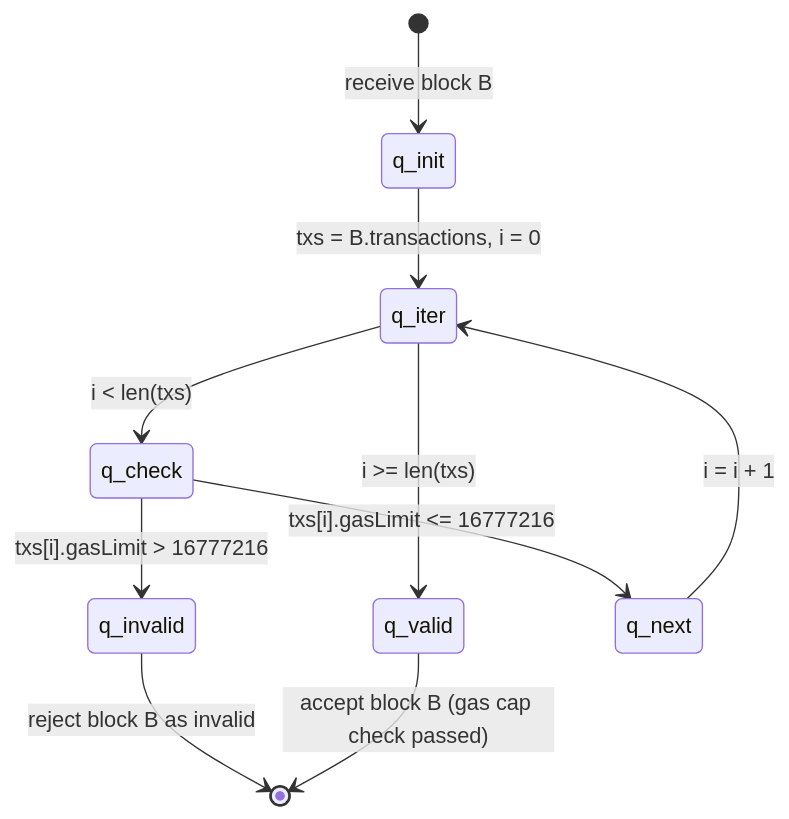
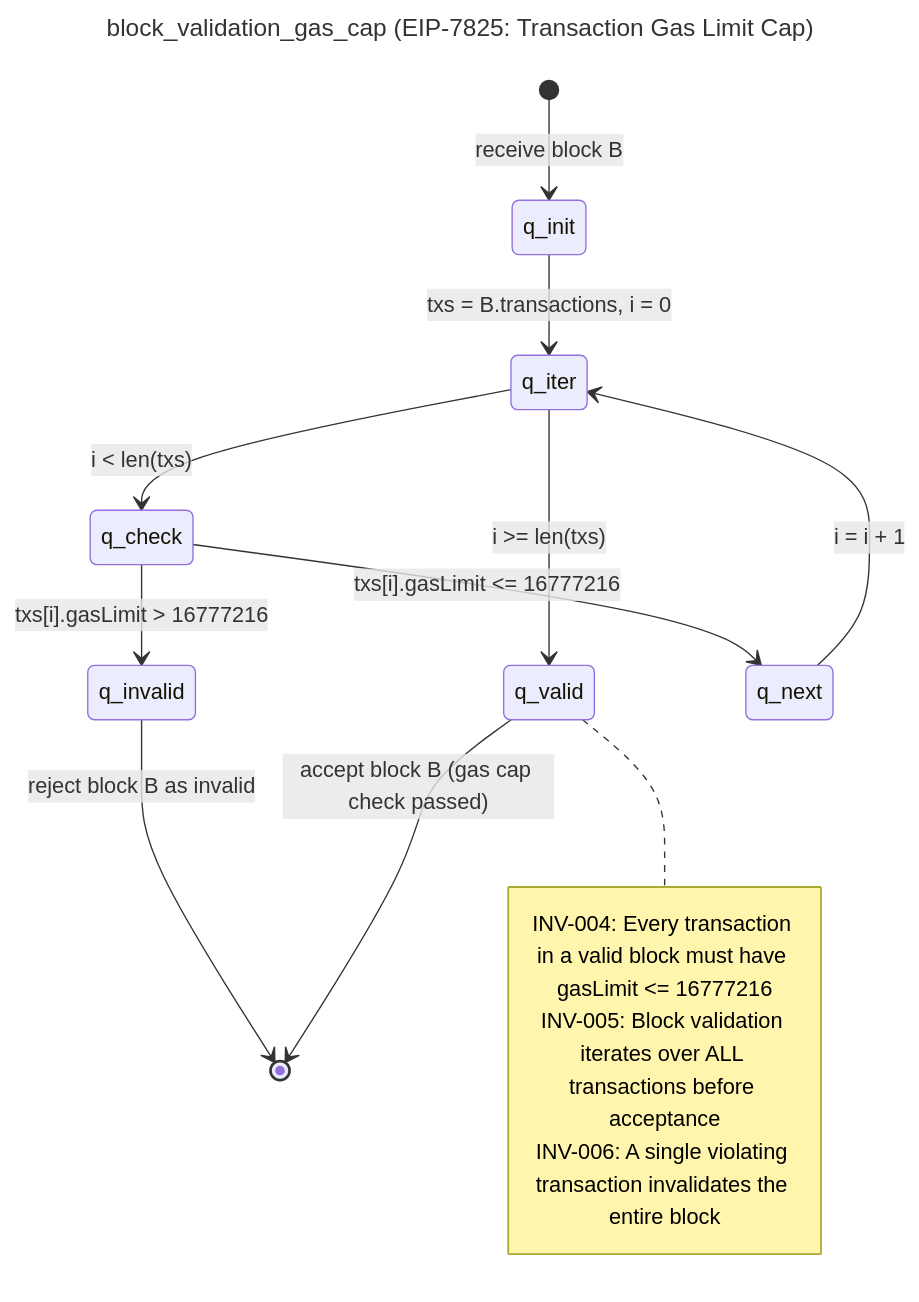
One commit to NyxFoundation/speca changed the diagram in outputs/graphs/W1B2_1770272943/EIP-7825/SG-002_block_validation_gas_cap.mmd. Above: the diagram before and after it, drawn with Mermaid. The commit also changed 144 other files, not shown here.

```diff
--- a/outputs/graphs/W1B2_1770272943/EIP-7825/SG-002_block_validation_gas_cap.mmd
+++ b/outputs/graphs/W1B2_1770272943/EIP-7825/SG-002_block_validation_gas_cap.mmd
@@ -1,11 +1,19 @@
+---
+title: "block_validation_gas_cap (EIP-7825: Transaction Gas Limit Cap)"
+---
 stateDiagram-v2
     direction TB
     [*] --> q_init: receive block B
     q_init --> q_iter: txs = B.transactions, i = 0
     q_iter --> q_check: i < len(txs)
     q_iter --> q_valid: i >= len(txs)
     q_check --> q_invalid: txs[i].gasLimit > 16777216
     q_check --> q_next: txs[i].gasLimit <= 16777216
     q_next --> q_iter: i = i + 1
     q_invalid --> [*]: reject block B as invalid
     q_valid --> [*]: accept block B (gas cap check passed)
+    note right of q_valid
+        INV-004: Every transaction in a valid block must have gasLimit <= 16777216
+        INV-005: Block validation iterates over ALL transactions before acceptance
+        INV-006: A single violating transaction invalidates the entire block
+    end note
```
